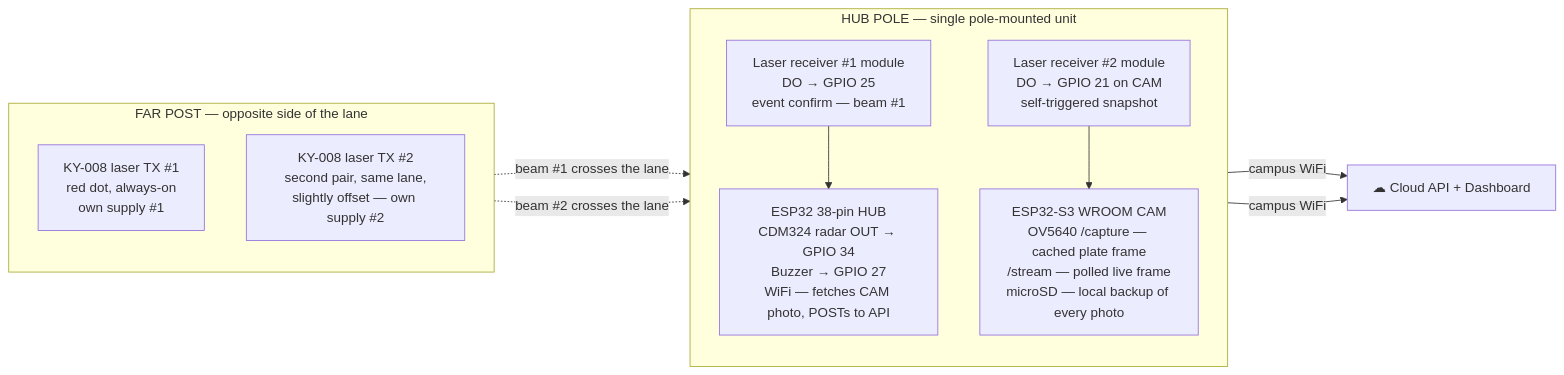
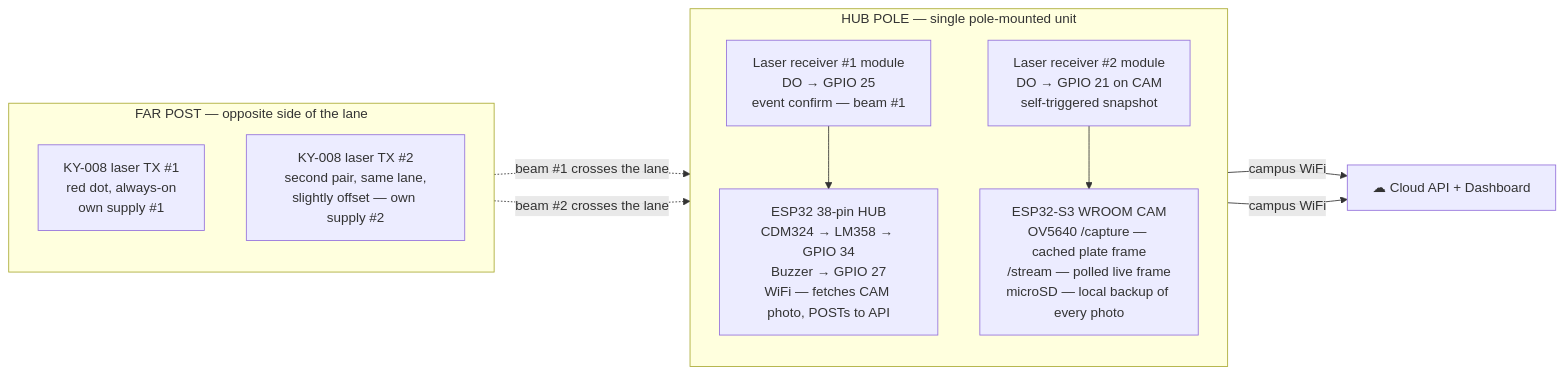
One commit to qppd/safeway changed the first of 2 diagrams in docs/HARDWARE.md. Above: the diagram before and after it, drawn with Mermaid. The commit also changed other lines of this file and 4 other files, not shown here.

````diff
--- a/docs/HARDWARE.md
+++ b/docs/HARDWARE.md
@@ -23,23 +23,23 @@
 ```mermaid
 flowchart LR
     subgraph FAR["FAR POST — opposite side of the lane"]
         direction TB
         TX1["KY-008 laser TX #1<br/>red dot, always-on<br/>own supply #1"]
         TX2["KY-008 laser TX #2<br/>second pair, same lane,<br/>slightly offset — own supply #2"]
     end
     subgraph HUBPOLE["HUB POLE — single pole-mounted unit"]
         direction TB
         RX1["Laser receiver #1 module<br/>DO → GPIO 25<br/>event confirm — beam #1"]
         RX2["Laser receiver #2 module<br/>DO → GPIO 21 on CAM<br/>self-triggered snapshot"]
-        HUB["ESP32 38-pin HUB<br/>CDM324 radar OUT → GPIO 34<br/>Buzzer → GPIO 27<br/>WiFi — fetches CAM photo, POSTs to API"]
+        HUB["ESP32 38-pin HUB<br/>CDM324 → LM358 → GPIO 34<br/>Buzzer → GPIO 27<br/>WiFi — fetches CAM photo, POSTs to API"]
         CAM["ESP32-S3 WROOM CAM<br/>OV5640 /capture — cached plate frame<br/>/stream — polled live frame<br/>microSD — local backup of every photo"]
     end
     CLOUD["☁ Cloud API + Dashboard"]
 
     TX1 -. "beam #1 crosses the lane" .-> RX1
     TX2 -. "beam #2 crosses the lane" .-> RX2
     RX1 --> HUB
     RX2 --> CAM
     HUB -- "campus WiFi" --> CLOUD
     CAM -- "campus WiFi" --> CLOUD
 ```
````
